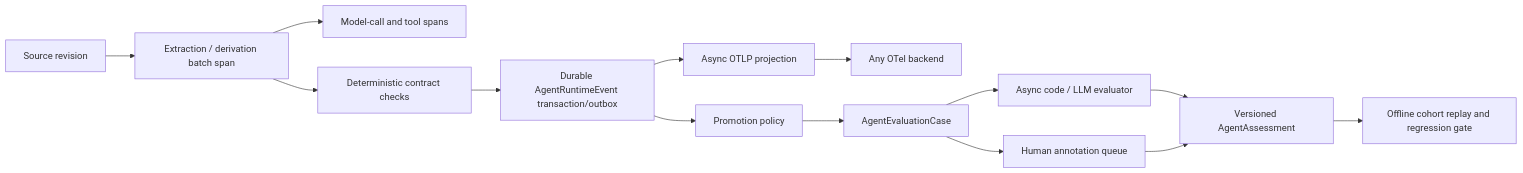
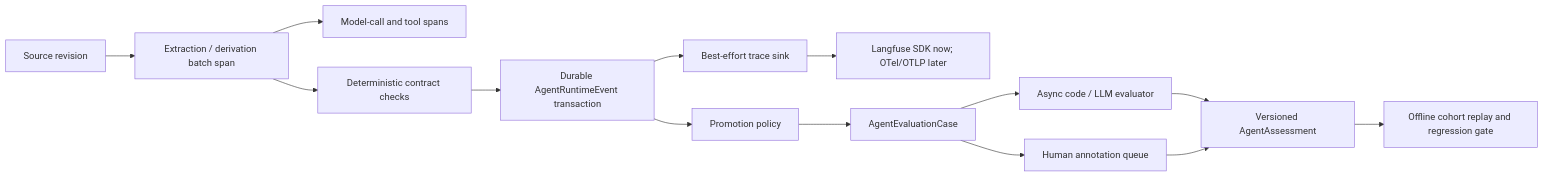
The diagram in docs/research/2026-08-13-online-agent-evaluation-telemetry.md (shno-labs/mem-forge), drawn with Mermaid before and after one commit. The commit also changed other lines of this file and 18 other files, not shown here.

Commit message:
feat(evals): retain and trace runtime facts

````diff
--- a/docs/research/2026-08-13-online-agent-evaluation-telemetry.md
+++ b/docs/research/2026-08-13-online-agent-evaluation-telemetry.md
@@ -123,16 +128,16 @@
 ```mermaid
 flowchart LR
     A["Source revision"] --> B["Extraction / derivation batch span"]
     B --> C["Model-call and tool spans"]
     B --> D["Deterministic contract checks"]
-    D --> E["Durable AgentRuntimeEvent transaction/outbox"]
-    E --> F["Async OTLP projection"]
-    F --> G["Any OTel backend"]
+    D --> E["Durable AgentRuntimeEvent transaction"]
+    E --> F["Best-effort trace sink"]
+    F --> G["Langfuse SDK now; OTel/OTLP later"]
     E --> H["Promotion policy"]
     H --> I["AgentEvaluationCase"]
     I --> J["Async code / LLM evaluator"]
     I --> K["Human annotation queue"]
     J --> L["Versioned AgentAssessment"]
     K --> L
     L --> M["Offline cohort replay and regression gate"]
 ```
````
